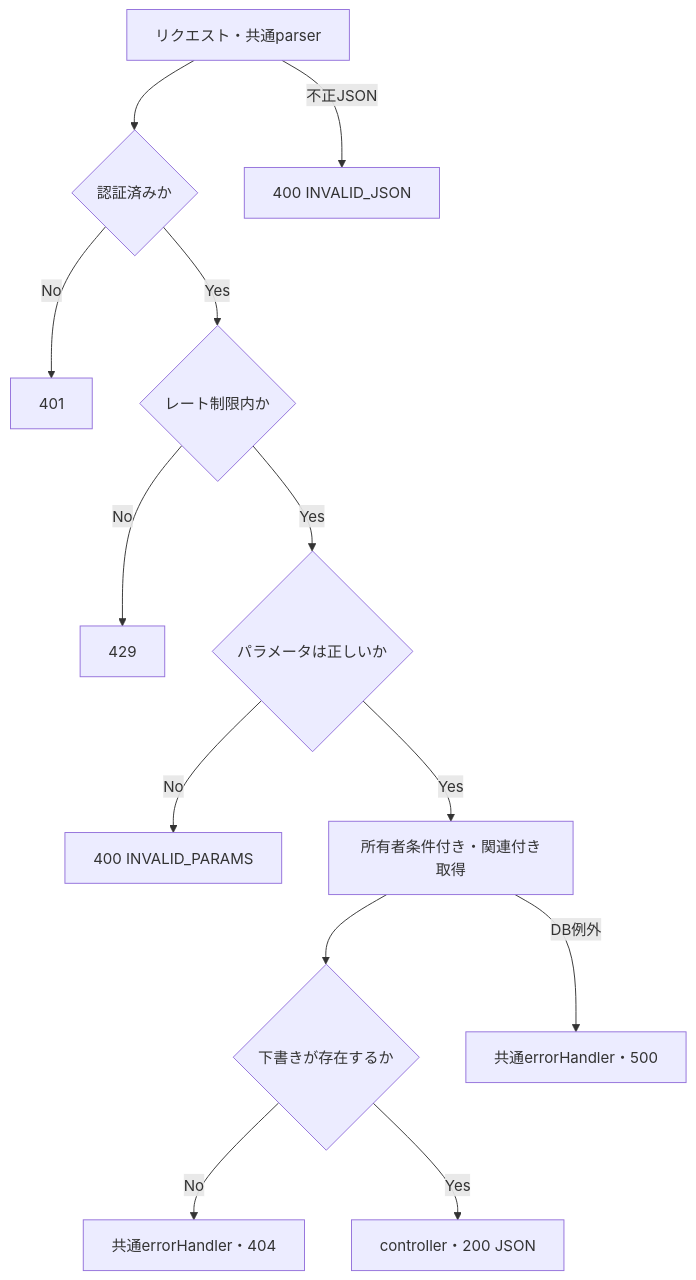
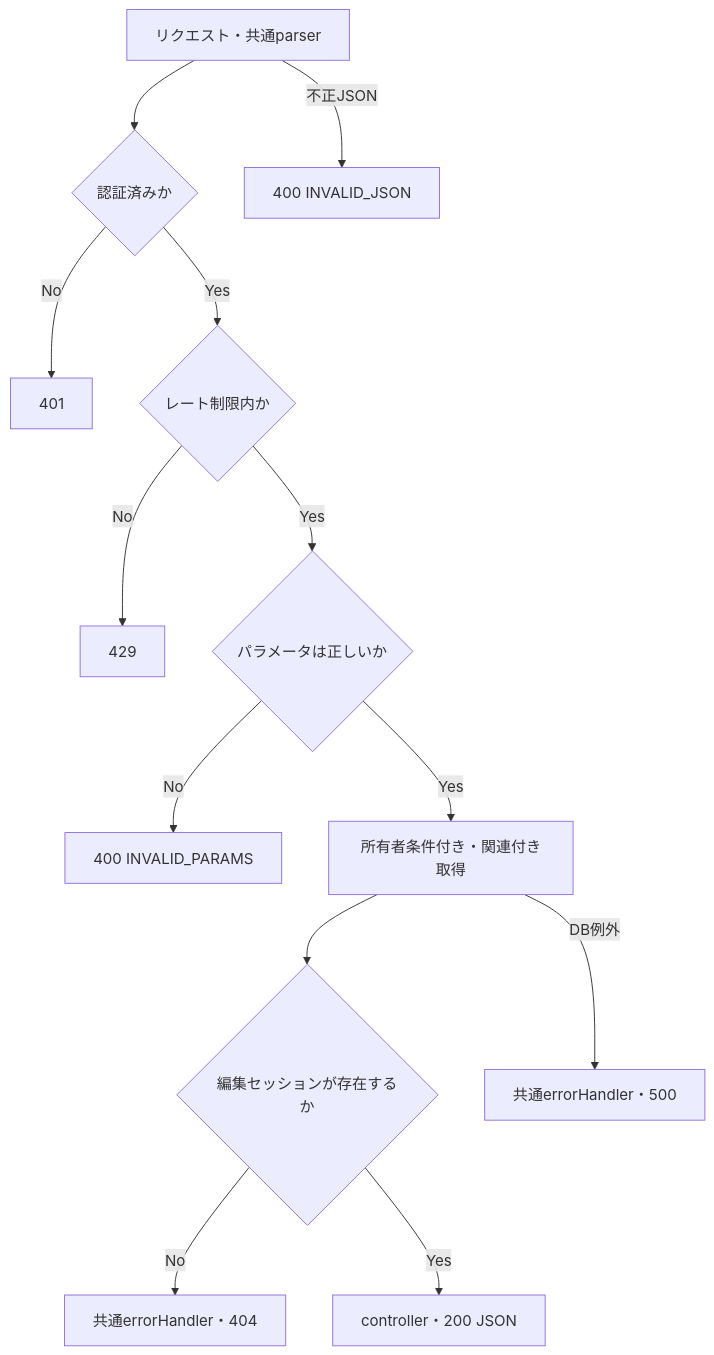
One commit to rednull-racing/web-project1 changed the diagram in docs/design/backend/detail/itemEditing/getItemConfirmPage.md. Above: the diagram before and after it, drawn with Mermaid. The commit also changed other lines of this file and 1 other file, not shown here.

````diff
--- a/docs/design/backend/detail/itemEditing/getItemConfirmPage.md
+++ b/docs/design/backend/detail/itemEditing/getItemConfirmPage.md
@@ -133,15 +131,15 @@
 ```mermaid
 flowchart TD
     A[リクエスト・共通parser] --> B{認証済みか}
     A -->|不正JSON| E400J[400 INVALID_JSON]
     B -->|No| E401[401]
     B -->|Yes| C{レート制限内か}
     C -->|No| E429[429]
     C -->|Yes| D{パラメータは正しいか}
     D -->|No| E400[400 INVALID_PARAMS]
     D -->|Yes| F[所有者条件付き・関連付き取得]
-    F --> G{下書きが存在するか}
+    F --> G{編集セッションが存在するか}
     F -->|DB例外| E500[共通errorHandler・500]
     G -->|No| E404[共通errorHandler・404]
     G -->|Yes| H[controller・200 JSON]
 ```
````
